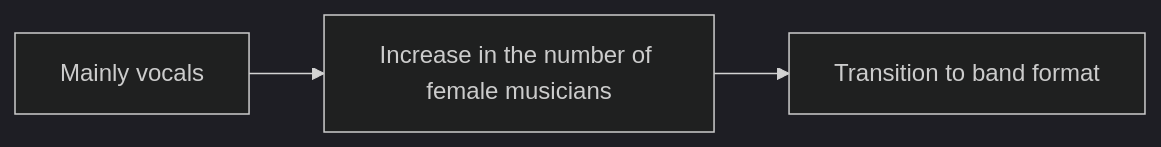
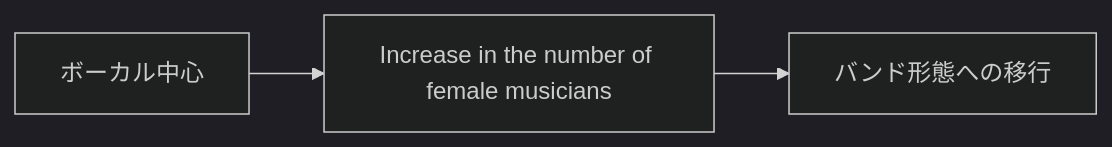
Before and after one commit to monumental-movement/monumental-movement.github.io: the first of 3 diagrams in en/_posts/2026-01-31-column-girls-band-history.md, drawn with Mermaid (dark theme). The commit also changed other lines of this file and 2196 other files, not shown here.

```diff
--- a/en/_posts/2026-01-31-column-girls-band-history.md
+++ b/en/_posts/2026-01-31-column-girls-band-history.md
@@ -52,5 +52,5 @@
 <div class="mermaid">
 flowchart LR
-A[Mainly vocals] --> B[Increase in the number of female musicians]
-B --> C[Transition to band format]
+A[ボーカル中心] --> B[Increase in the number of female musicians]
+B --> C[バンド形態への移行]
 </div>
```
